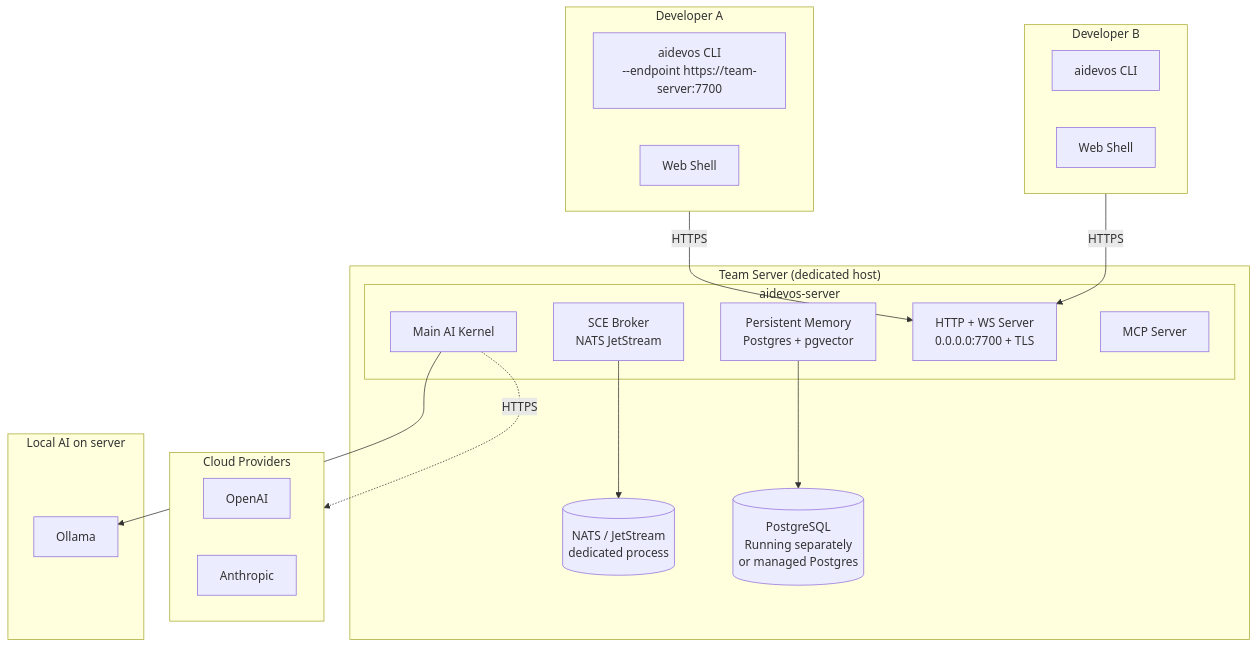
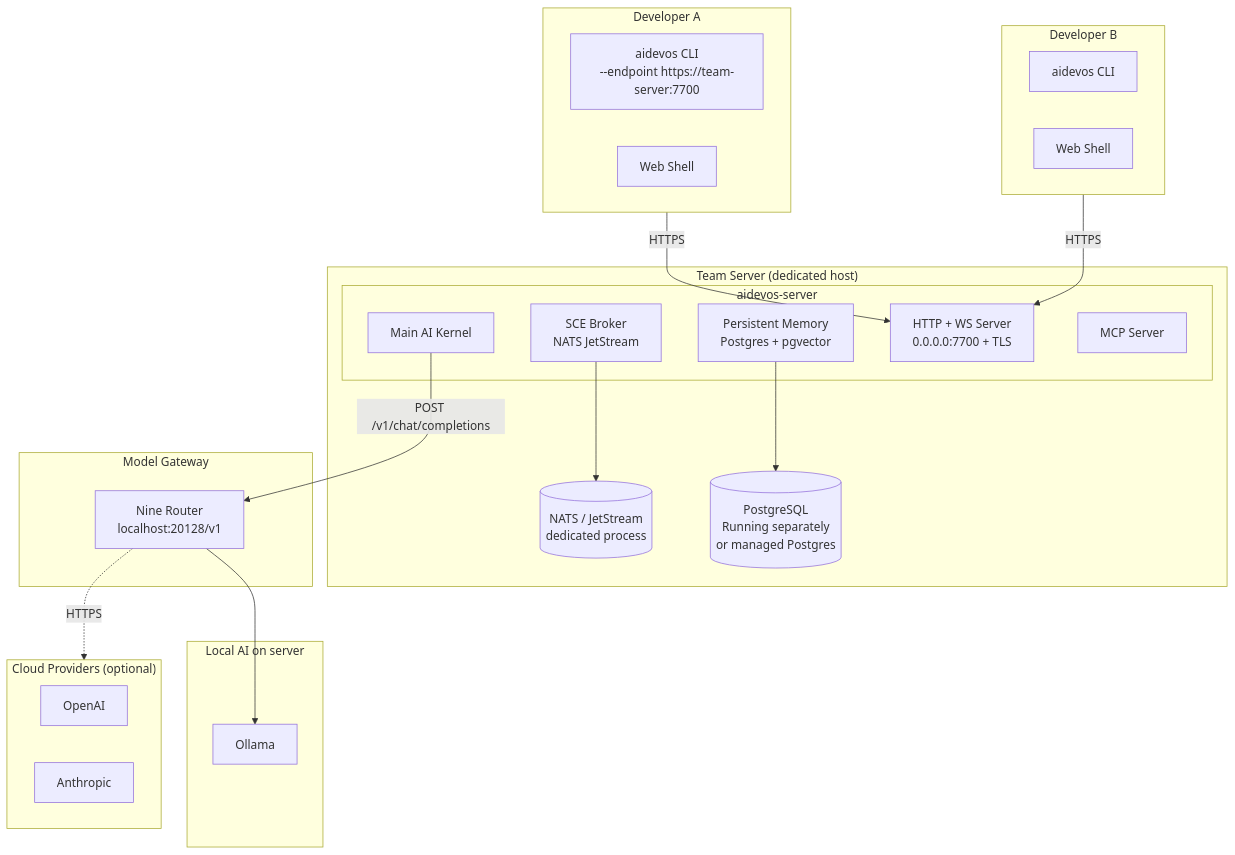
Before and after one commit to User-me-ex/ai-dev-docs-hub: the second of 3 diagrams in diagrams/DEPLOYMENT_TOPOLOGY.md, drawn with Mermaid. The commit also changed other lines of this file and 19 other files, not shown here.

First line of the commit message:
fix(P0/P1): resolve remaining architecture findings

````diff
--- a/diagrams/DEPLOYMENT_TOPOLOGY.md
+++ b/diagrams/DEPLOYMENT_TOPOLOGY.md
@@ -70,43 +75,48 @@
 ```mermaid
 flowchart TB
   subgraph SERVER["Team Server (dedicated host)"]
 
     subgraph AIDEVOS_PROC["aidevos-server"]
       KERNEL2[Main AI Kernel]
       SCE_NATS[SCE Broker\nNATS JetStream]
       MEM_PG[Persistent Memory\nPostgres + pgvector]
       HTTP2[HTTP + WS Server\n0.0.0.0:7700 + TLS]
       MCP2[MCP Server]
     end
 
     NATS[(NATS / JetStream\ndedicated process)]
     PG[("PostgreSQL\nRunning separately\nor managed Postgres")]
 
     SCE_NATS --> NATS
     MEM_PG --> PG
   end
 
   subgraph DEV_A["Developer A"]
     CLI_A[aidevos CLI\n--endpoint https://team-server:7700]
     WEB_A[Web Shell]
   end
 
   subgraph DEV_B["Developer B"]
     CLI_B[aidevos CLI]
     WEB_B[Web Shell]
   end
 
   DEV_A -- HTTPS --> HTTP2
   DEV_B -- HTTPS --> HTTP2
 
+  subgraph GATEWAY2["Model Gateway"]
+    NR2[Nine Router\nlocalhost:20128/v1]
+  end
+  KERNEL2 -->|"POST /v1/chat/completions"| NR2
+
   subgraph LOCAL_AI["Local AI on server"]
     OLLAMA2[Ollama]
   end
-  KERNEL2 --> OLLAMA2
+  NR2 --> OLLAMA2
 
-  subgraph CLOUD2["Cloud Providers"]
+  subgraph CLOUD2["Cloud Providers (optional)"]
     OAI2[OpenAI]
     ANT2[Anthropic]
   end
-  KERNEL2 -. HTTPS .-> CLOUD2
+  NR2 -. HTTPS .-> CLOUD2
 ```
````
